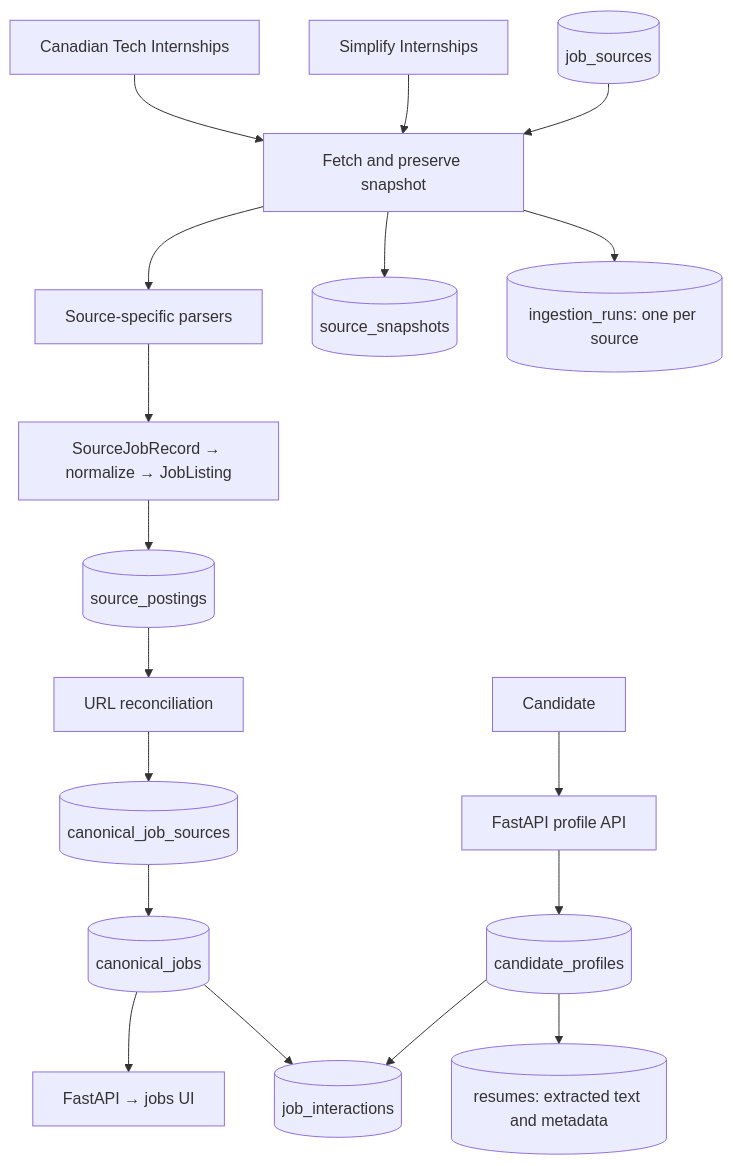
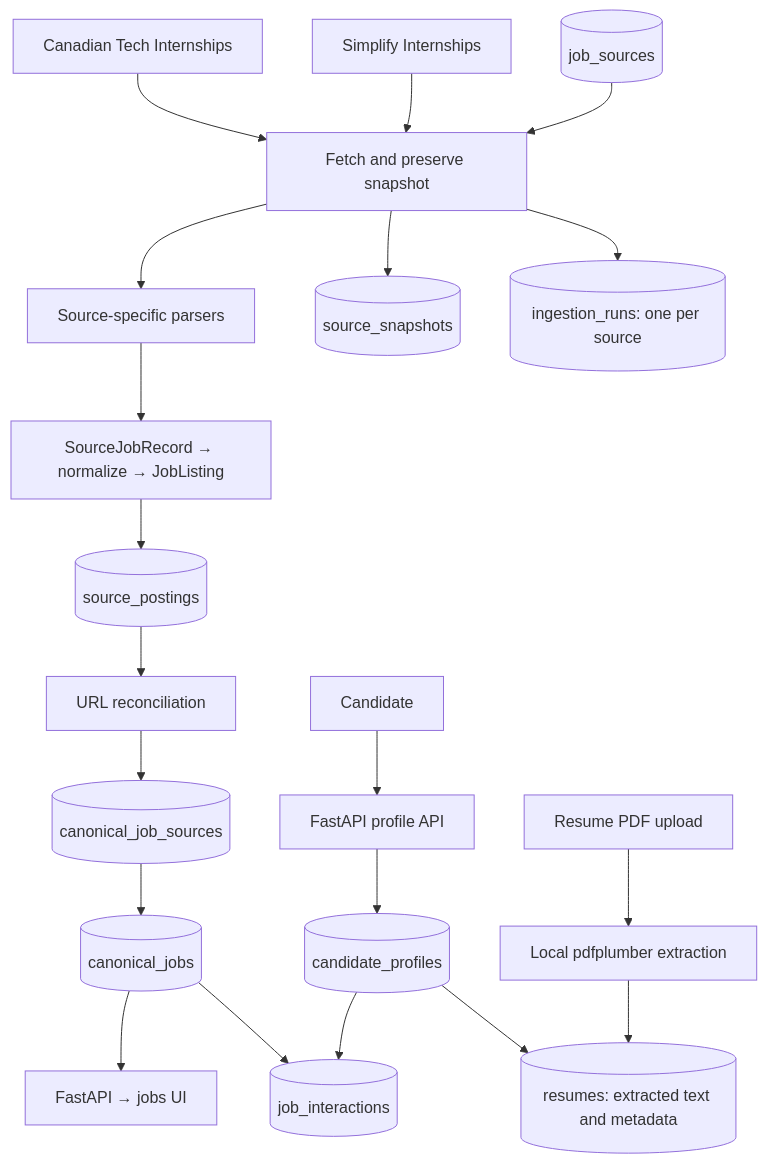
The diagram in README.md (aymaanalamgir/internshipfeed), drawn with Mermaid before and after one commit. The commit also changed other lines of this file and 9 other files, not shown here.

Commit message:
resume extraction

````diff
--- a/README.md
+++ b/README.md
@@ -7,20 +7,22 @@
 ```mermaid
 flowchart TD
     A[Canadian Tech Internships] --> F[Fetch and preserve snapshot]
     B[Simplify Internships] --> F
     F --> P[Source-specific parsers]
     P --> N[SourceJobRecord → normalize → JobListing]
     N --> SP[(source_postings)]
     SP --> R[URL reconciliation]
     R --> MAP[(canonical_job_sources)]
     MAP --> C[(canonical_jobs)]
     C --> API[FastAPI → jobs UI]
     F --> SS[(source_snapshots)]
     F --> RUN[(ingestion_runs: one per source)]
     JS[(job_sources)] --> F
     CAND[Candidate] --> PROFILE[FastAPI profile API]
     PROFILE --> CP[(candidate_profiles)]
     CP[(candidate_profiles)] --> E[(job_interactions)]
     C --> E
     CP --> RES[(resumes: extracted text and metadata)]
+    PDF[Resume PDF upload] --> EXTRACT[Local pdfplumber extraction]
+    EXTRACT --> RES
 ```
````
